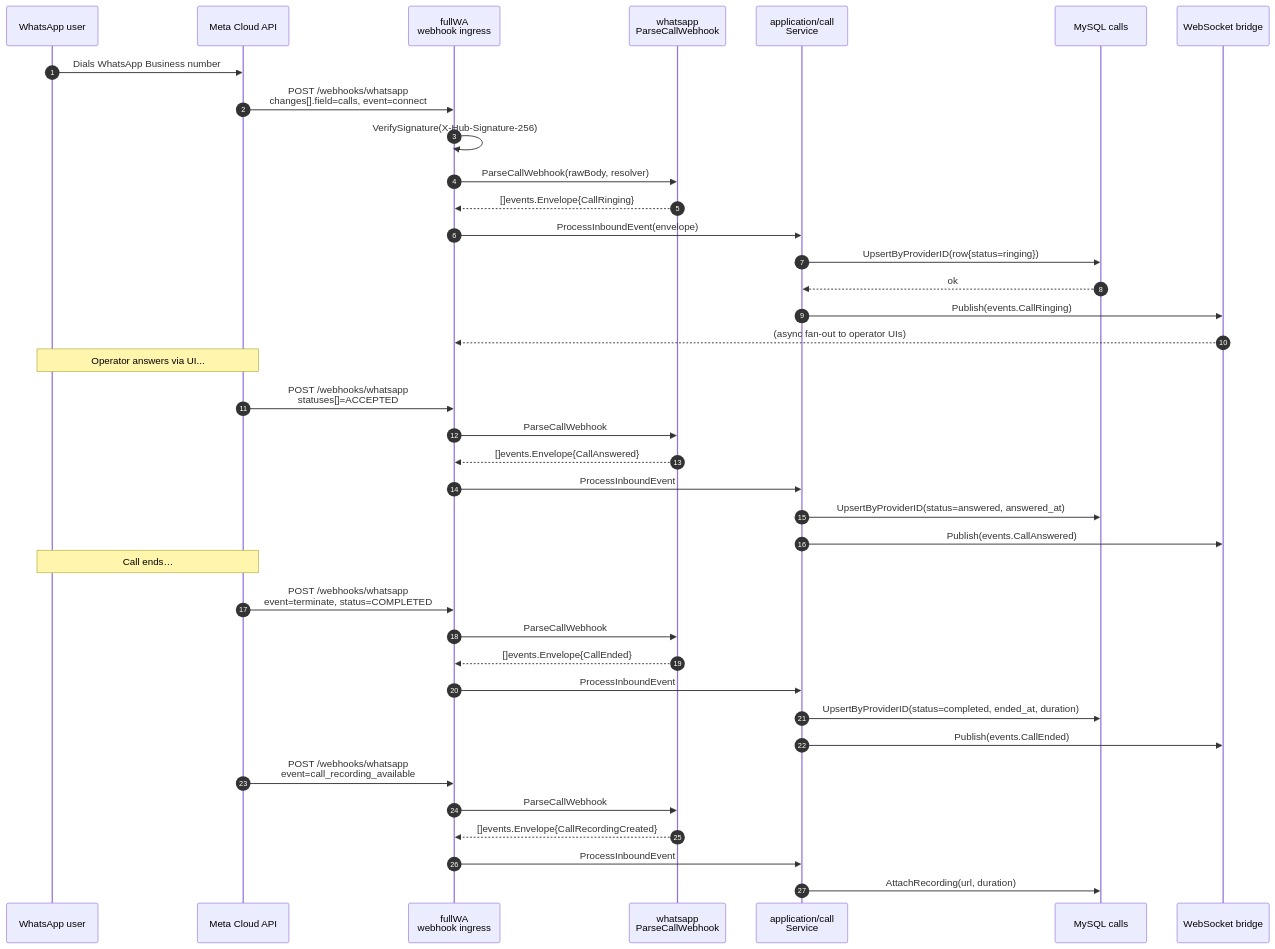
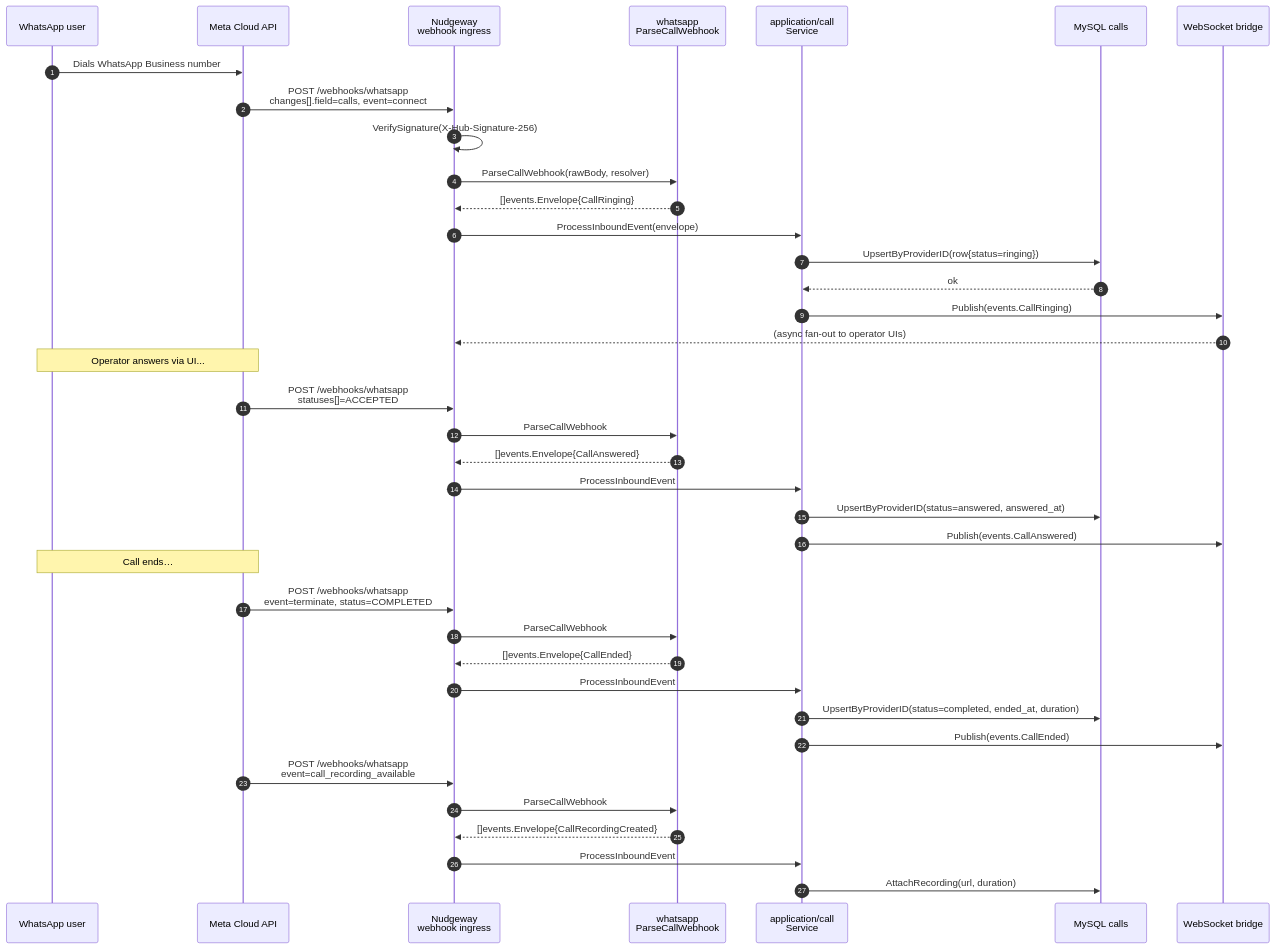
The diagram in docs/flows/inbound-call.md (v-senthil/nudgeway), drawn with Mermaid before and after one commit. The commit also changed 176 other files, not shown here.

First line of the commit message:
chore: rename project fullWA → Nudgeway; add landing page + Pages workflow

````diff
--- a/docs/flows/inbound-call.md
+++ b/docs/flows/inbound-call.md
@@ -9,46 +9,46 @@
 ```mermaid
 sequenceDiagram
     autonumber
     participant User as WhatsApp user
     participant Meta as Meta Cloud API
-    participant Ingress as fullWA<br/>webhook ingress
+    participant Ingress as Nudgeway<br/>webhook ingress
     participant Parser as whatsapp<br/>ParseCallWebhook
     participant Svc as application/call<br/>Service
     participant Repo as MySQL calls
     participant WS as WebSocket bridge
 
     User->>Meta: Dials WhatsApp Business number
     Meta->>Ingress: POST /webhooks/whatsapp<br/>changes[].field=calls, event=connect
     Ingress->>Ingress: VerifySignature(X-Hub-Signature-256)
     Ingress->>Parser: ParseCallWebhook(rawBody, resolver)
     Parser-->>Ingress: []events.Envelope{CallRinging}
     Ingress->>Svc: ProcessInboundEvent(envelope)
     Svc->>Repo: UpsertByProviderID(row{status=ringing})
     Repo-->>Svc: ok
     Svc->>WS: Publish(events.CallRinging)
     WS-->>Ingress: (async fan-out to operator UIs)
 
     Note over User,Meta: Operator answers via UI...
 
     Meta->>Ingress: POST /webhooks/whatsapp<br/>statuses[]=ACCEPTED
     Ingress->>Parser: ParseCallWebhook
     Parser-->>Ingress: []events.Envelope{CallAnswered}
     Ingress->>Svc: ProcessInboundEvent
     Svc->>Repo: UpsertByProviderID(status=answered, answered_at)
     Svc->>WS: Publish(events.CallAnswered)
 
     Note over User,Meta: Call ends…
 
     Meta->>Ingress: POST /webhooks/whatsapp<br/>event=terminate, status=COMPLETED
     Ingress->>Parser: ParseCallWebhook
     Parser-->>Ingress: []events.Envelope{CallEnded}
     Ingress->>Svc: ProcessInboundEvent
     Svc->>Repo: UpsertByProviderID(status=completed, ended_at, duration)
     Svc->>WS: Publish(events.CallEnded)
 
     Meta->>Ingress: POST /webhooks/whatsapp<br/>event=call_recording_available
     Ingress->>Parser: ParseCallWebhook
     Parser-->>Ingress: []events.Envelope{CallRecordingCreated}
     Ingress->>Svc: ProcessInboundEvent
     Svc->>Repo: AttachRecording(url, duration)
 ```
````
